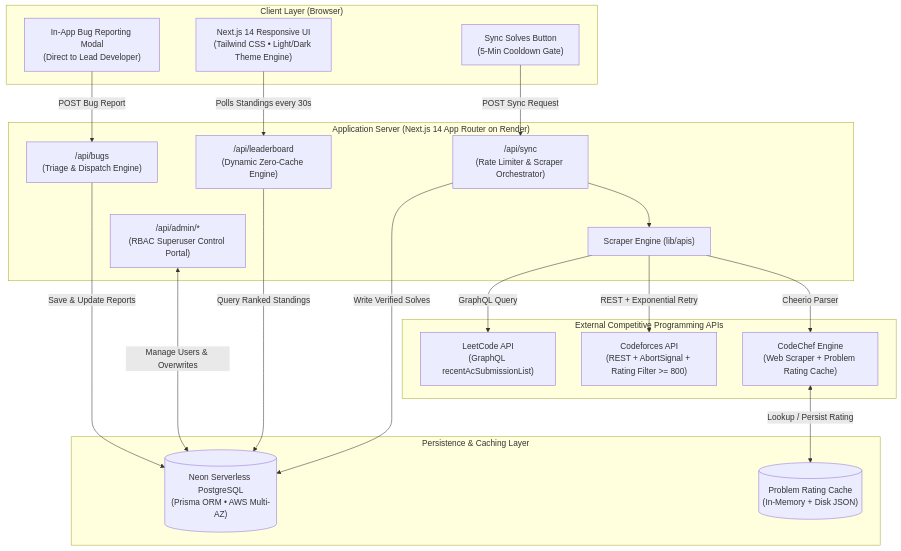
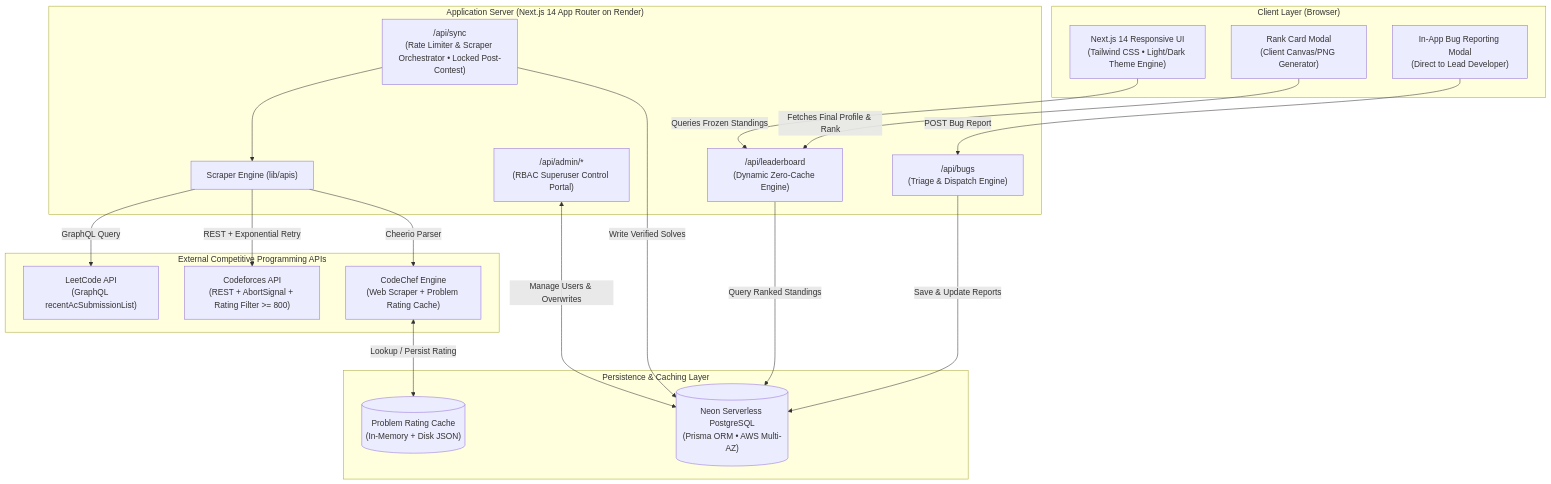
The diagram in README.md (adiscripts03/DiwaliChallenge), drawn with Mermaid before and after one commit. The commit also changed other lines of this file, not shown here.

````diff
--- a/README.md
+++ b/README.md
@@ -29,42 +46,42 @@
 ```mermaid
 flowchart TD
     subgraph Client ["Client Layer (Browser)"]
         UI["Next.js 14 Responsive UI<br/>(Tailwind CSS • Light/Dark Theme Engine)"]
-        SyncBtn["Sync Solves Button<br/>(5-Min Cooldown Gate)"]
+        RankCard["Rank Card Modal<br/>(Client Canvas/PNG Generator)"]
         BugModal["In-App Bug Reporting Modal<br/>(Direct to Lead Developer)"]
     end
 
     subgraph Server ["Application Server (Next.js 14 App Router on Render)"]
         API_Lead["/api/leaderboard<br/>(Dynamic Zero-Cache Engine)"]
-        API_Sync["/api/sync<br/>(Rate Limiter & Scraper Orchestrator)"]
+        API_Sync["/api/sync<br/>(Rate Limiter & Scraper Orchestrator • Locked Post-Contest)"]
         API_Admin["/api/admin/*<br/>(RBAC Superuser Control Portal)"]
         API_Bugs["/api/bugs<br/>(Triage & Dispatch Engine)"]
         ScraperEngine["Scraper Engine (lib/apis)"]
     end
 
     subgraph Scrapers ["External Competitive Programming APIs"]
         LC["LeetCode API<br/>(GraphQL recentAcSubmissionList)"]
         CF["Codeforces API<br/>(REST + AbortSignal + Rating Filter >= 800)"]
         CC["CodeChef Engine<br/>(Web Scraper + Problem Rating Cache)"]
     end
 
     subgraph Storage ["Persistence & Caching Layer"]
         NeonDB[("Neon Serverless PostgreSQL<br/>(Prisma ORM • AWS Multi-AZ)")]
         DiskCache[("Problem Rating Cache<br/>(In-Memory + Disk JSON)")]
     end
 
-    UI -->|Polls Standings every 30s| API_Lead
-    SyncBtn -->|POST Sync Request| API_Sync
+    UI -->|Queries Frozen Standings| API_Lead
+    RankCard -->|Fetches Final Profile & Rank| API_Lead
     BugModal -->|POST Bug Report| API_Bugs
 
     API_Sync --> ScraperEngine
     ScraperEngine -->|GraphQL Query| LC
     ScraperEngine -->|REST + Exponential Retry| CF
     ScraperEngine -->|Cheerio Parser| CC
 
     CC <-->|Lookup / Persist Rating| DiskCache
     API_Sync -->|Write Verified Solves| NeonDB
     API_Lead -->|Query Ranked Standings| NeonDB
     API_Admin <-->|Manage Users & Overwrites| NeonDB
     API_Bugs -->|Save & Update Reports| NeonDB
 ```
````
